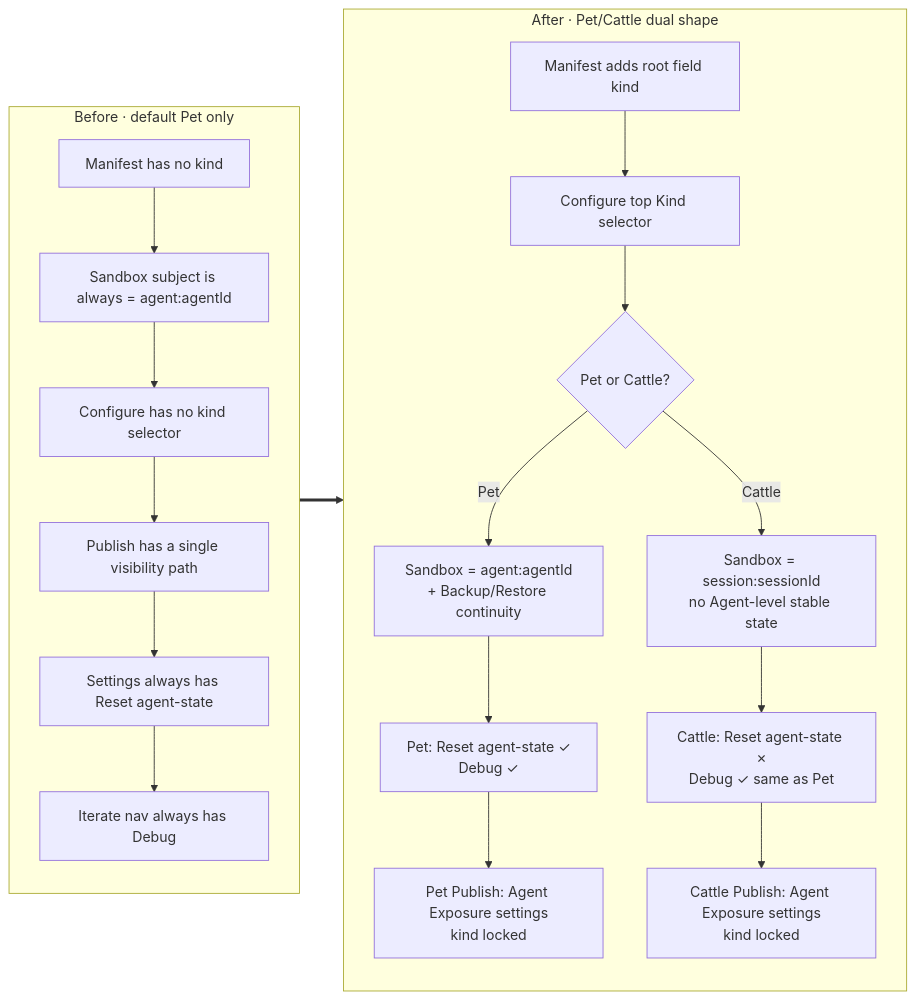
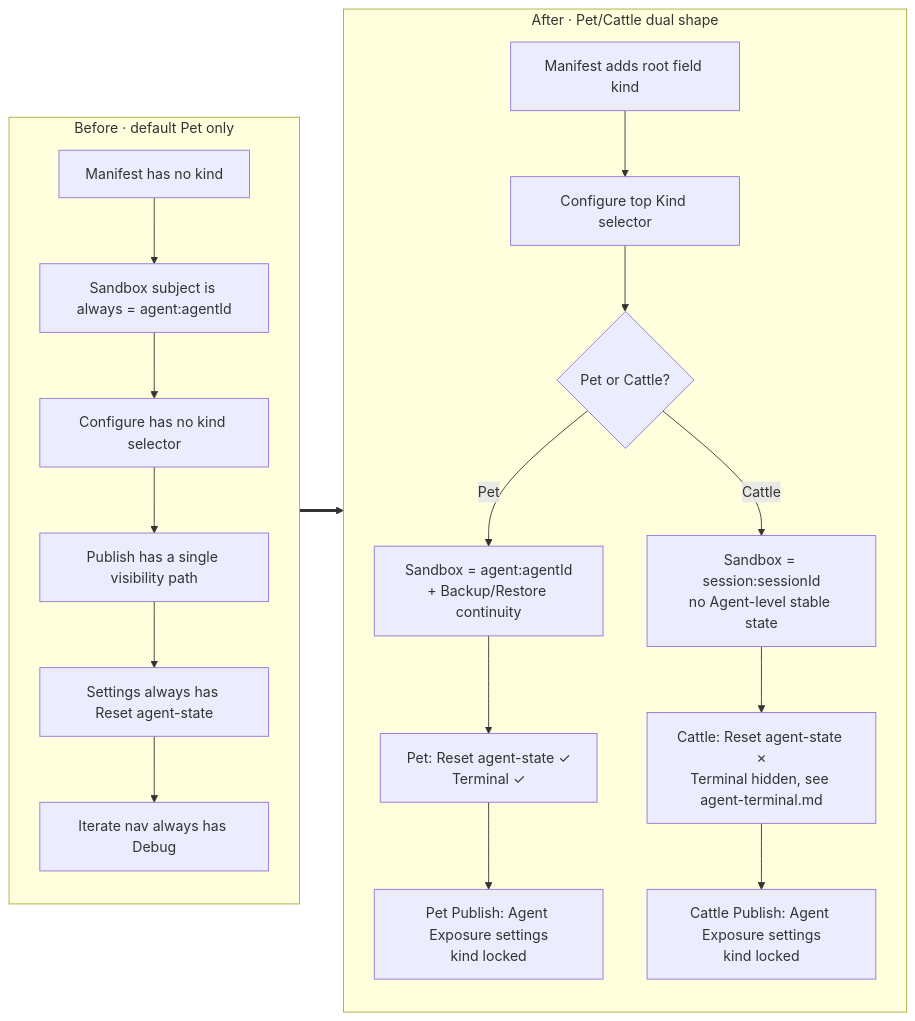
One commit to langgenius/mosoo changed the first of 3 diagrams in docs/prd/agent-type.md. Above: the diagram before and after it, drawn with Mermaid. The commit also changed other lines of this file and 2 other files, not shown here.

Commit message:
docs(prd): sync editor UI drift from recent toolbar changes

````diff
--- a/docs/prd/agent-type.md
+++ b/docs/prd/agent-type.md
@@ -85,23 +85,23 @@
 ```mermaid
 flowchart LR
   subgraph Before["Before · default Pet only"]
     B1[Manifest has no kind] --> B2[Sandbox subject is always = agent:agentId]
     B2 --> B3[Configure has no kind selector]
     B3 --> B4[Publish has a single visibility path]
     B4 --> B5[Settings always has Reset agent-state]
     B5 --> B6[Iterate nav always has Debug]
   end
 
   subgraph After["After · Pet/Cattle dual shape"]
     A1[Manifest adds root field kind] --> A2[Configure top Kind selector]
     A2 --> A3{Pet or Cattle?}
     A3 -->|Pet| A4[Sandbox = agent:agentId<br/>+ Backup/Restore continuity]
     A3 -->|Cattle| A5[Sandbox = session:sessionId<br/>no Agent-level stable state]
-    A4 --> A6[Pet: Reset agent-state ✓<br/>Debug ✓]
-    A5 --> A7[Cattle: Reset agent-state ✗<br/>Debug ✓ same as Pet]
+    A4 --> A6[Pet: Reset agent-state ✓<br/>Terminal ✓]
+    A5 --> A7[Cattle: Reset agent-state ✗<br/>Terminal hidden, see agent-terminal.md]
     A6 --> A8[Pet Publish: Agent Exposure settings<br/>kind locked]
     A7 --> A9[Cattle Publish: Agent Exposure settings<br/>kind locked]
   end
 
   Before ==> After
 ```
````
